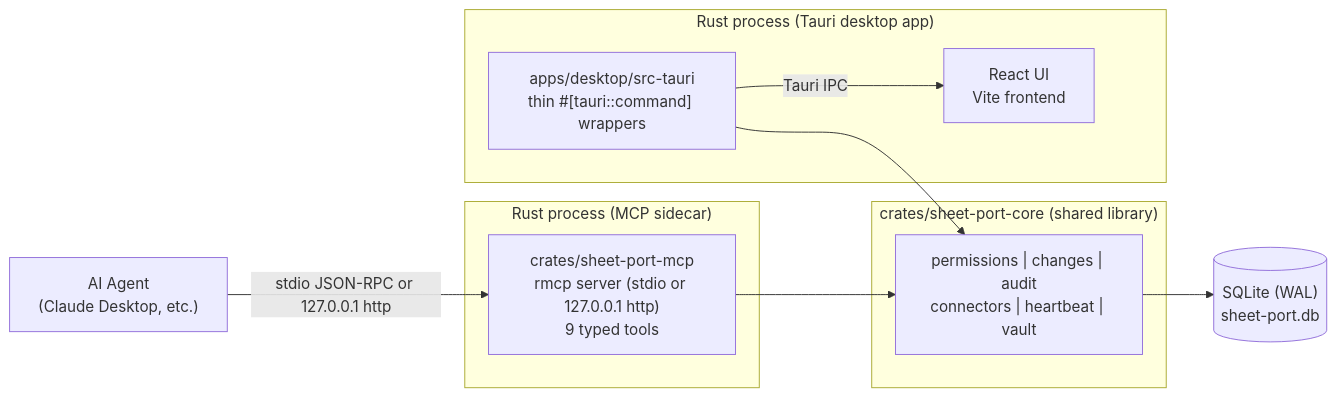
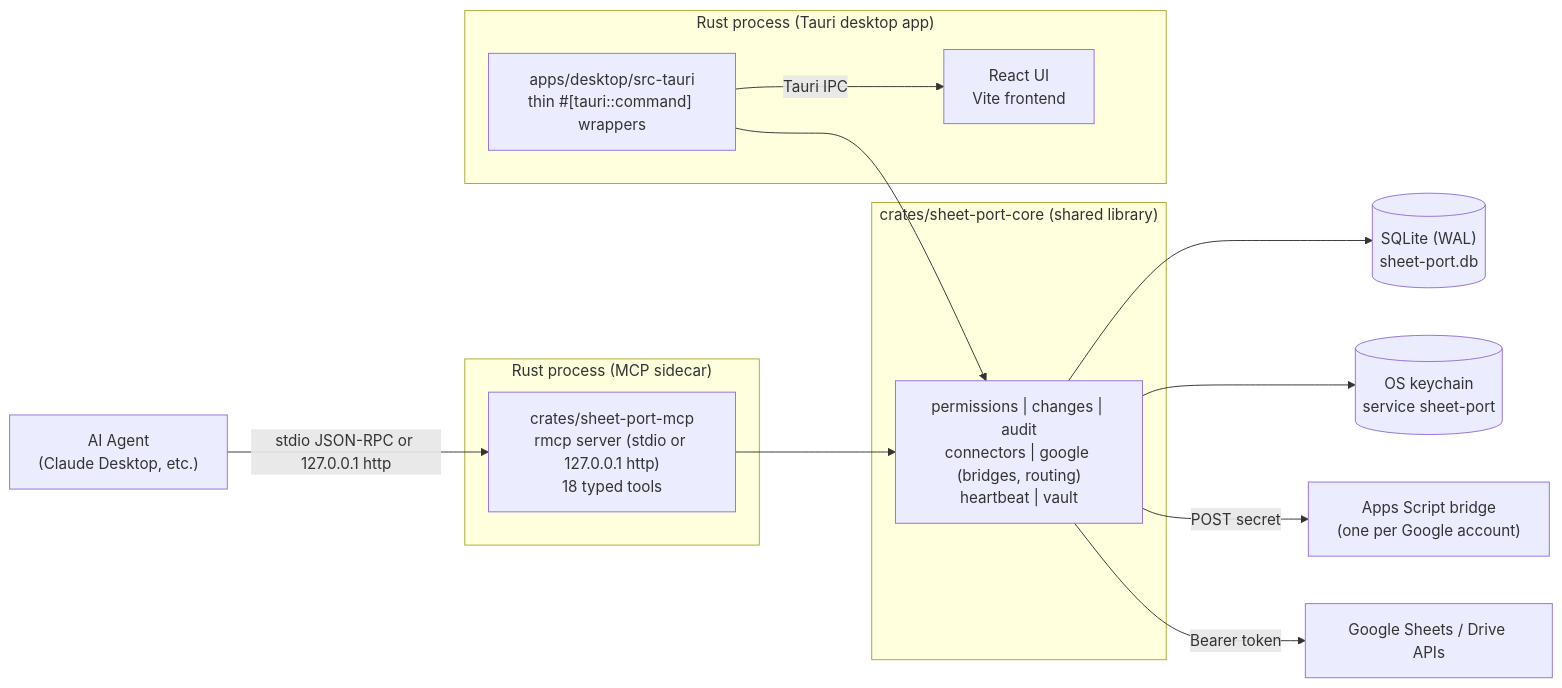
Before and after one commit to h1dr0nn/airtable-sheet-port: the first of 3 diagrams in docs/architecture.md, drawn with Mermaid. The commit also changed other lines of this file and 74 other files, not shown here.

````diff
--- a/docs/architecture.md
+++ b/docs/architecture.md
@@ -27,24 +32,30 @@
 ```mermaid
 flowchart LR
   Agent["AI Agent<br/>(Claude Desktop, etc.)"]
   DB[("SQLite (WAL)<br/>sheet-port.db")]
+  KC[("OS keychain<br/>service sheet-port")]
+  Bridge["Apps Script bridge<br/>(one per Google account)"]
+  Google["Google Sheets / Drive APIs"]
 
   subgraph Sidecar["Rust process (MCP sidecar)"]
-    MCP["crates/sheet-port-mcp<br/>rmcp server (stdio or 127.0.0.1 http)<br/>9 typed tools"]
+    MCP["crates/sheet-port-mcp<br/>rmcp server (stdio or 127.0.0.1 http)<br/>18 typed tools"]
   end
 
   subgraph Core["crates/sheet-port-core (shared library)"]
-    Logic["permissions | changes | audit<br/>connectors | heartbeat | vault"]
+    Logic["permissions | changes | audit<br/>connectors | google (bridges, routing)<br/>heartbeat | vault"]
   end
 
   subgraph Desktop["Rust process (Tauri desktop app)"]
     Rust["apps/desktop/src-tauri<br/>thin #[tauri::command] wrappers"]
     React["React UI<br/>Vite frontend"]
   end
 
   Agent -->|stdio JSON-RPC or 127.0.0.1 http| MCP
   MCP --> Logic
   Rust --> Logic
   Logic --> DB
+  Logic --> KC
+  Logic -->|POST secret| Bridge
+  Logic -->|Bearer token| Google
   Rust -->|Tauri IPC| React
 ```
````
